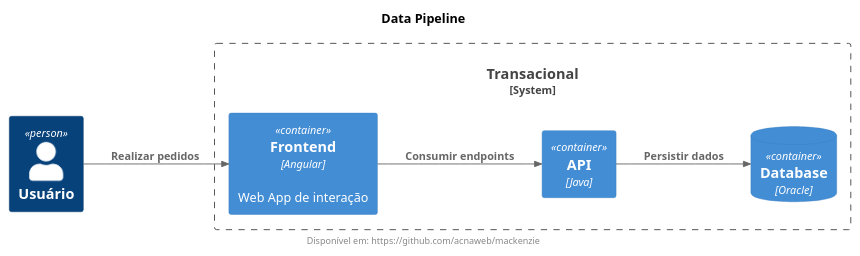
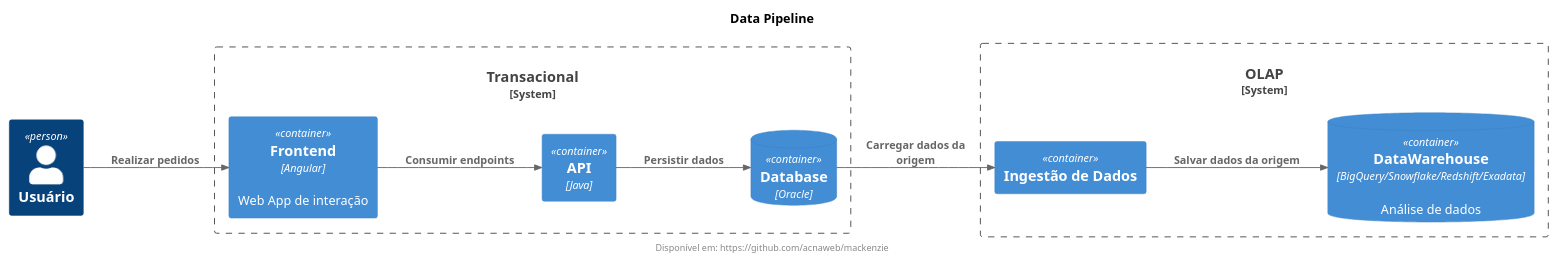
Before and after one commit to Lfmpaes/mack-dbre: the diagram in diagrams/data_pipeline.puml, drawn with PlantUML.

Commit message:
Atualiza com novo container

```diff
--- a/diagrams/data_pipeline.puml
+++ b/diagrams/data_pipeline.puml
@@ -1,23 +1,30 @@
 @startuml data_pipeline
 title Data Pipeline
 footer Disponível em: https://github.com/acnaweb/mackenzie
 
 !include https://raw.githubusercontent.com/plantuml-stdlib/C4-PlantUML/master/C4_Context.puml
 !include https://raw.githubusercontent.com/plantuml-stdlib/C4-PlantUML/master/C4_Container.puml
 LAYOUT_LANDSCAPE()
 
 Person(user, "Usuário")
 
 System_Boundary(transactional, "Transacional") {
 
         Container(frontend, "Frontend", "Angular", "Web App de interação")
-        Container(api, "API", "Java", "")
+        Container(api, "API", "Java")
         ContainerDb(db, "Database", "Oracle")
+}
+
+System_Boundary(olap, "OLAP") {
+        Container(job, "Ingestão de Dados")
+        ContainerDb(dw, "DataWarehouse", "BigQuery/Snowflake/Redshift/Exadata", "Análise de dados")
+        Rel(job, dw, "Salvar dados da origem")
 }
 
 
 Rel(user, frontend, "Realizar pedidos")
 Rel(frontend, api, "Consumir endpoints")
 Rel(api, db, "Persistir dados")
+Rel(db, job, "Carregar dados da origem")
 
 @enduml
```
